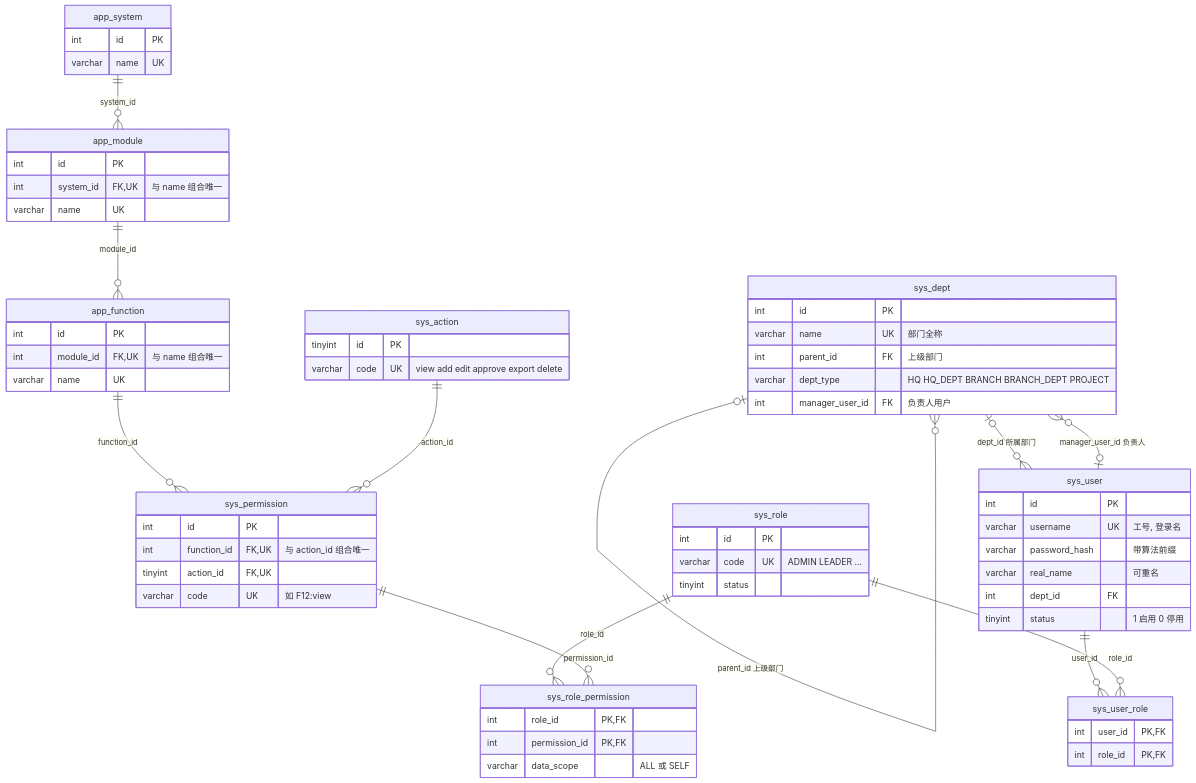
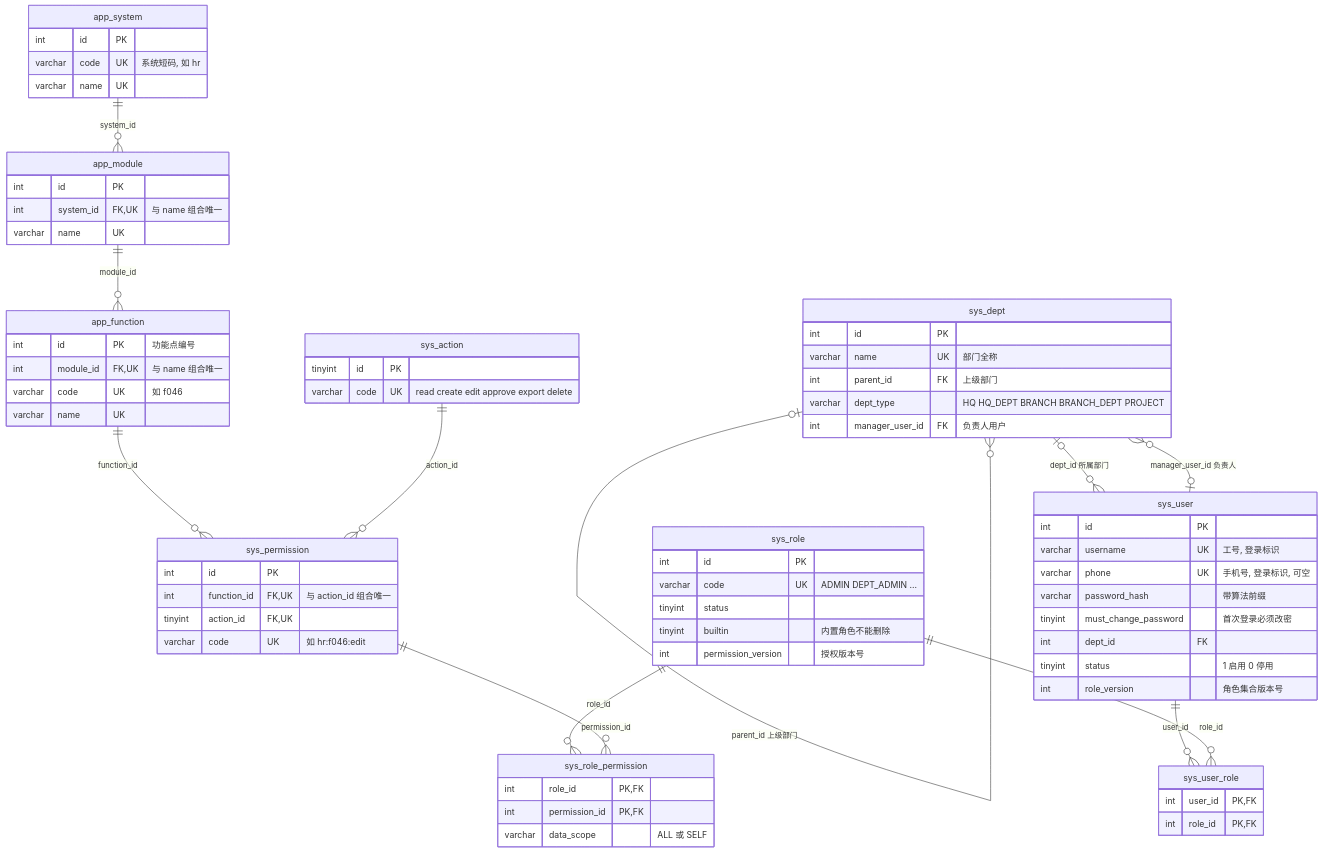
The diagram in docs/database/data-dictionary.md (wenjiu-leng66/OO-d), drawn with Mermaid before and after one commit. The commit also changed other lines of this file and 3 other files, not shown here.

````diff
--- a/docs/database/data-dictionary.md
+++ b/docs/database/data-dictionary.md
@@ -15,68 +15,74 @@
 ```mermaid
 erDiagram
     sys_dept |o--o{ sys_dept : "parent_id 上级部门"
     sys_dept |o--o{ sys_user : "dept_id 所属部门"
     sys_user |o--o{ sys_dept : "manager_user_id 负责人"
     sys_user ||--o{ sys_user_role : "user_id"
     sys_role ||--o{ sys_user_role : "role_id"
     sys_role ||--o{ sys_role_permission : "role_id"
     sys_permission ||--o{ sys_role_permission : "permission_id"
     app_system ||--o{ app_module : "system_id"
     app_module ||--o{ app_function : "module_id"
     app_function ||--o{ sys_permission : "function_id"
     sys_action ||--o{ sys_permission : "action_id"
 
     sys_dept {
         int id PK
         varchar name UK "部门全称"
         int parent_id FK "上级部门"
         varchar dept_type "HQ HQ_DEPT BRANCH BRANCH_DEPT PROJECT"
         int manager_user_id FK "负责人用户"
     }
     sys_user {
         int id PK
-        varchar username UK "工号, 登录名"
+        varchar username UK "工号, 登录标识"
+        varchar phone UK "手机号, 登录标识, 可空"
         varchar password_hash "带算法前缀"
-        varchar real_name "可重名"
+        tinyint must_change_password "首次登录必须改密"
         int dept_id FK
         tinyint status "1 启用 0 停用"
+        int role_version "角色集合版本号"
     }
     sys_role {
         int id PK
-        varchar code UK "ADMIN LEADER ..."
+        varchar code UK "ADMIN DEPT_ADMIN ..."
         tinyint status
+        tinyint builtin "内置角色不能删除"
+        int permission_version "授权版本号"
     }
     sys_user_role {
         int user_id PK, FK
         int role_id PK, FK
     }
     app_system {
         int id PK
+        varchar code UK "系统短码, 如 hr"
         varchar name UK
     }
     app_module {
         int id PK
         int system_id FK, UK "与 name 组合唯一"
         varchar name UK
     }
     app_function {
-        int id PK
+        int id PK "功能点编号"
         int module_id FK, UK "与 name 组合唯一"
+        varchar code UK "如 f046"
         varchar name UK
     }
     sys_action {
         tinyint id PK
-        varchar code UK "view add edit approve export delete"
+        varchar code UK "read create edit approve export delete"
     }
     sys_permission {
         int id PK
         int function_id FK, UK "与 action_id 组合唯一"
         tinyint action_id FK, UK
-        varchar code UK "如 F12:view"
+        varchar code UK "如 hr:f046:edit"
     }
     sys_role_permission {
         int role_id PK, FK
         int permission_id PK, FK
         varchar data_scope "ALL 或 SELF"
     }
 ```
````
